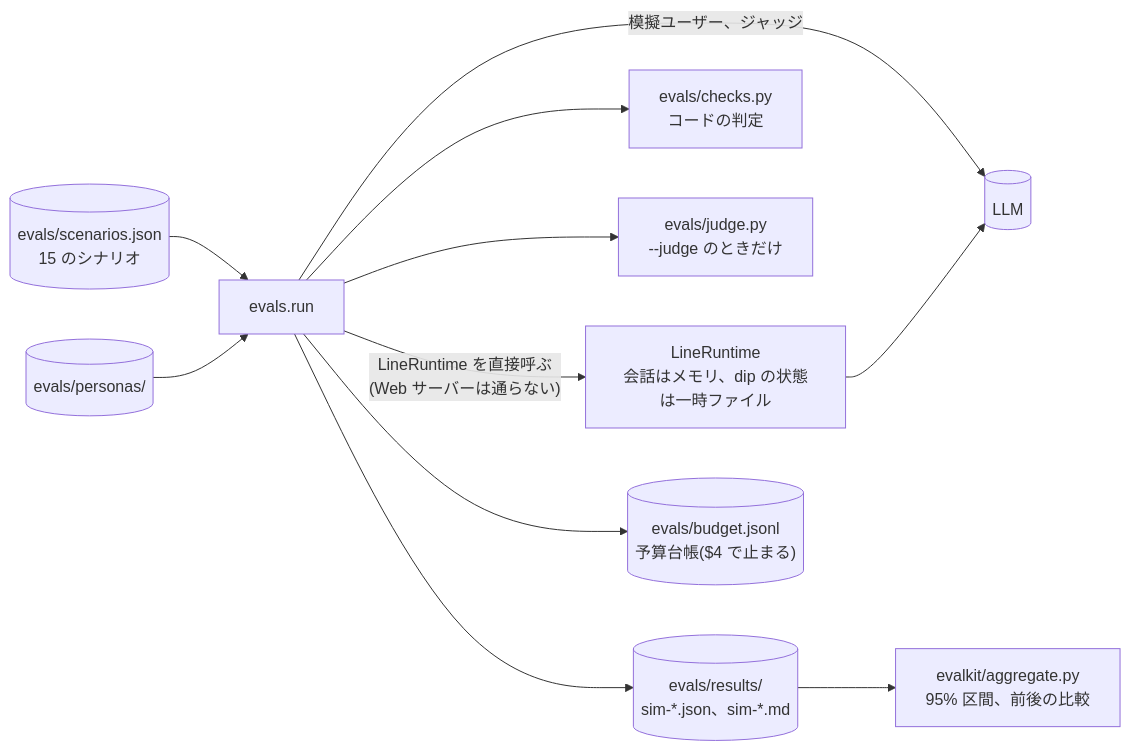
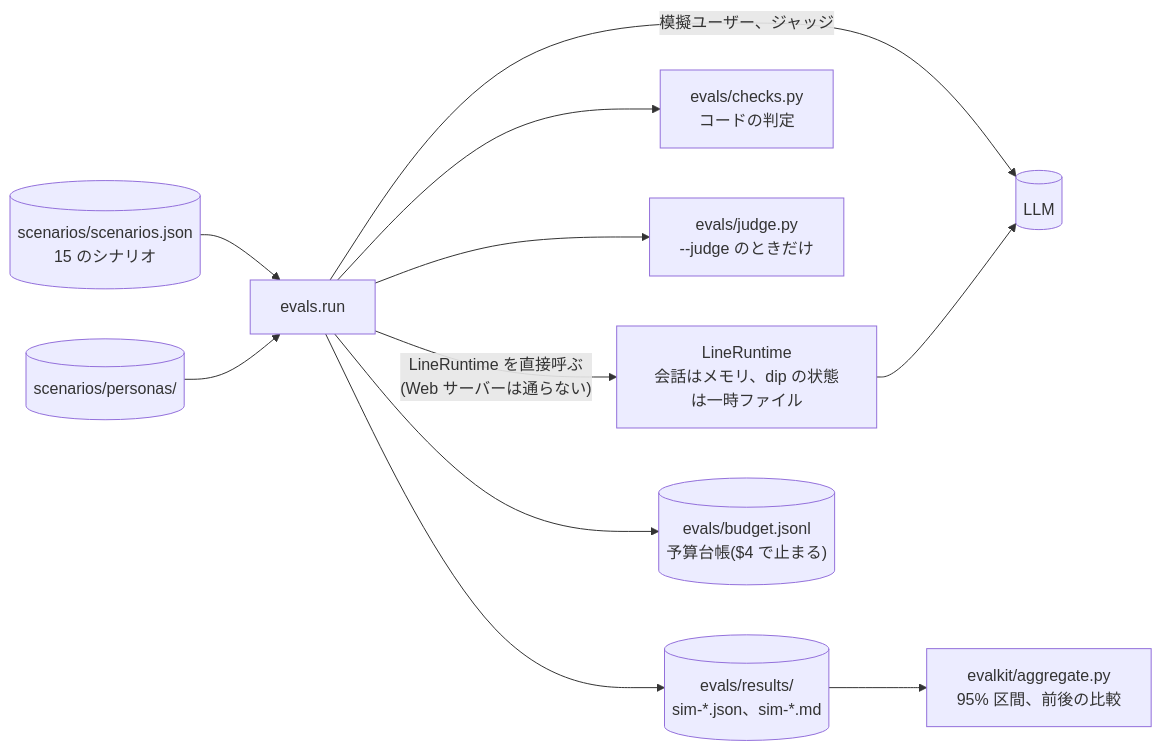
Before and after one commit to jyoka/aica: the seventh of 8 diagrams in docs/architecture/hld.md, drawn with Mermaid. The commit also changed other lines of this file and 30 other files, not shown here.

````diff
--- a/docs/architecture/hld.md
+++ b/docs/architecture/hld.md
@@ -438,13 +446,13 @@
 ```mermaid
 flowchart LR
-    sc[("evals/scenarios.json<br/>15 のシナリオ")] --> run["evals.run"]
-    per[("evals/personas/")] --> run
+    sc[("scenarios/scenarios.json<br/>15 のシナリオ")] --> run["evals.run"]
+    per[("scenarios/personas/")] --> run
     run -- "LineRuntime を直接呼ぶ<br/>(Web サーバーは通らない)" --> rt["LineRuntime<br/>会話はメモリ、dip の状態は一時ファイル"]
     run -- "模擬ユーザー、ジャッジ" --> llm[("LLM")]
     rt --> llm
     run --> checks["evals/checks.py<br/>コードの判定"]
     run --> judge["evals/judge.py<br/>--judge のときだけ"]
     run --> out[("evals/results/<br/>sim-*.json、sim-*.md")]
     run --> budget[("evals/budget.jsonl<br/>予算台帳($4 で止まる)")]
     out --> kit["evalkit/aggregate.py<br/>95% 区間、前後の比較"]
 ```
````
